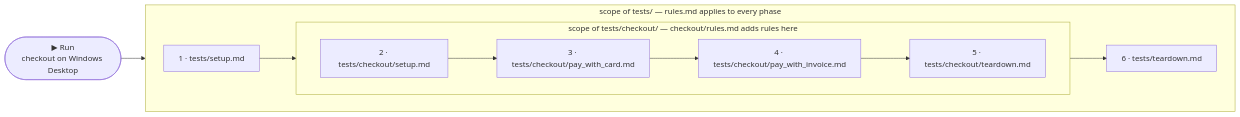
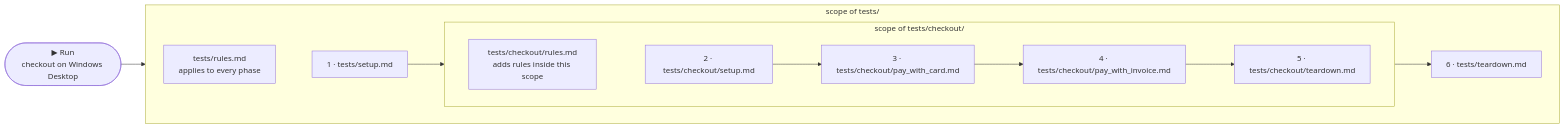
The diagram in content/docs/writing-tests/organisation.mdx (askui/docs-rewrite), drawn with Mermaid before and after one commit. The commit also changed 1 other file, not shown here.

Commit message:
docs: rules boxes inside the scope diagram; step constructs gain element descriptions + exclusions
- Organisation: rules.md as a box at the head of each scope (containment
  still carries the semantics, chain stays one line)
- Step constructs: element-description kinds (text/icon/color/location/
  relation) and explicit prohibitions (per step vs rules.md)

````diff
--- a/content/docs/writing-tests/organisation.mdx
+++ b/content/docs/writing-tests/organisation.mdx
@@ -49,15 +49,20 @@
 ```mermaid
 flowchart LR
   RUN(["▶ Run
 checkout on Windows Desktop"]) --> A
-  subgraph CHAIN["scope of tests/ — rules.md applies to every phase"]
+  subgraph CHAIN["scope of tests/"]
     direction LR
-    A["1 · tests/setup.md"]
-    subgraph CO["scope of tests/checkout/ — checkout/rules.md adds rules here"]
+    R1["tests/rules.md
+applies to every phase"]
+    R1 ~~~ A["1 · tests/setup.md"]
+    subgraph CO["scope of tests/checkout/"]
       direction LR
-      B["2 · tests/checkout/setup.md"] --> C["3 · tests/checkout/pay_with_card.md"] --> D["4 · tests/checkout/pay_with_invoice.md"] --> E["5 · tests/checkout/teardown.md"]
+      R2["tests/checkout/rules.md
+adds rules inside this scope"]
+      R2 ~~~ B["2 · tests/checkout/setup.md"]
+      B --> C["3 · tests/checkout/pay_with_card.md"] --> D["4 · tests/checkout/pay_with_invoice.md"] --> E["5 · tests/checkout/teardown.md"]
     end
     A --> B
     E --> F["6 · tests/teardown.md"]
   end
 ```
````
